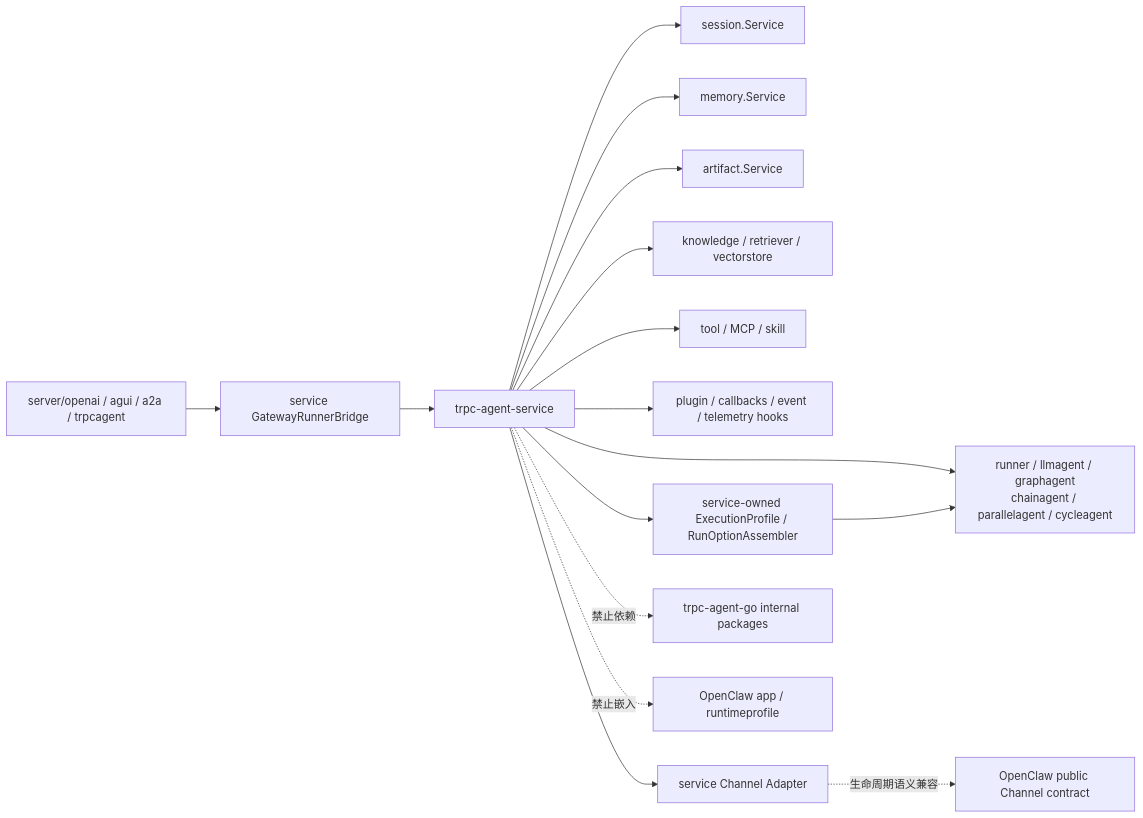
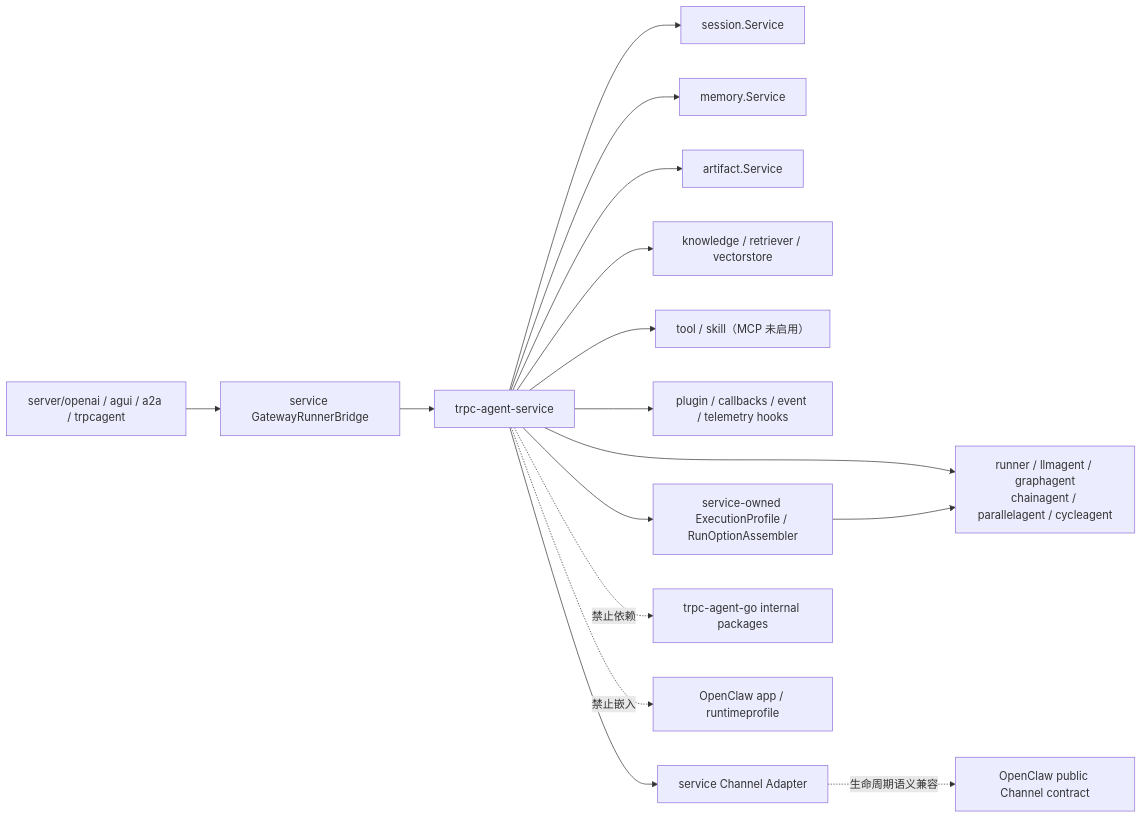
One commit to everfid-ever/trpc-agent-service changed the second of 2 diagrams in docs/design/6.module-boundaries.md. Above: the diagram before and after it, drawn with Mermaid. The commit also changed other lines of this file and 8 other files, not shown here.

````diff
--- a/docs/design/6.module-boundaries.md
+++ b/docs/design/6.module-boundaries.md
@@ -67,18 +67,18 @@
 ```mermaid
 flowchart LR
   S["trpc-agent-service"] --> R["runner / llmagent / graphagent<br/>chainagent / parallelagent / cycleagent"]
   S --> SS["session.Service"]
   S --> MS["memory.Service"]
   S --> AS["artifact.Service"]
   S --> KS["knowledge / retriever / vectorstore"]
-  S --> SK["tool / MCP / skill"]
+  S --> SK["tool / skill（MCP 未启用）"]
   S --> TM["plugin / callbacks / event / telemetry hooks"]
   SF["server/openai / agui / a2a / trpcagent"] --> GB["service GatewayRunnerBridge"]
   GB --> S
   EP["service-owned ExecutionProfile / RunOptionAssembler"] --> R
   S --> EP
   C["service Channel Adapter"] -. "生命周期语义兼容" .-> OC["OpenClaw public Channel contract"]
   S --> C
   S -. "禁止依赖" .-> I["trpc-agent-go internal packages"]
   S -. "禁止嵌入" .-> O["OpenClaw app / runtimeprofile"]
 ```
````
